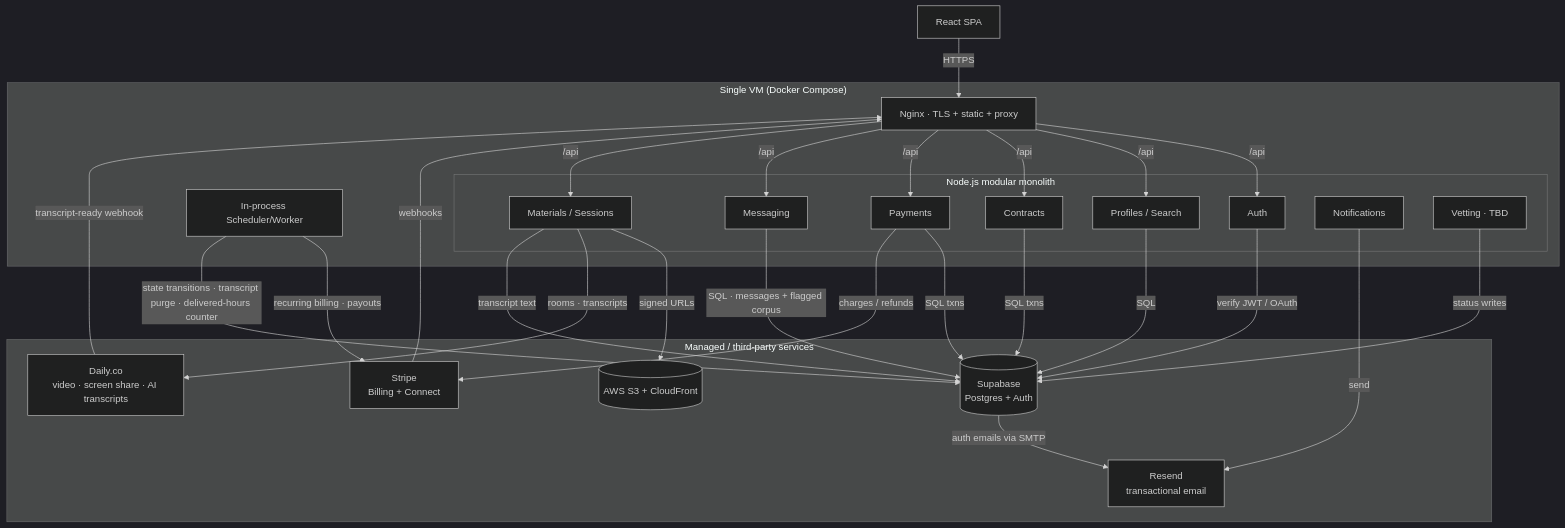
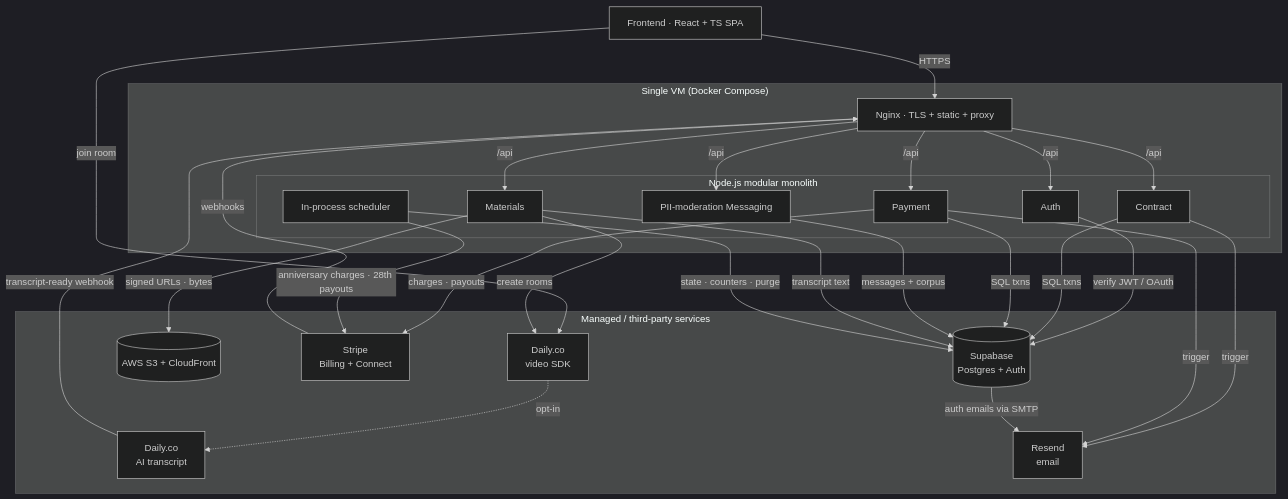
Before and after one commit to Vishnu373/nisbah-learning: the first of 3 diagrams in nisbah-learning-design-doc.md, drawn with Mermaid (dark theme). The commit also changed other lines of this file, not shown here.

Commit message:
contract lifecycle added

````diff
--- a/nisbah-learning-design-doc.md
+++ b/nisbah-learning-design-doc.md
@@ -42,48 +120,47 @@
 ```mermaid
 graph TD
-    Browser[React SPA]
+    Browser[Frontend · React + TS SPA]
 
     subgraph VM["Single VM (Docker Compose)"]
         Nginx[Nginx · TLS + static + proxy]
         subgraph App["Node.js modular monolith"]
             Auth[Auth]
-            Profiles[Profiles / Search]
-            Contracts[Contracts]
-            Payments[Payments]
-            Messaging[Messaging]
-            Media[Materials / Sessions]
-            Notifications[Notifications]
-            Vetting[Vetting · TBD]
+            Contracts[Contract]
+            Payments[Payment]
+            Messaging[PII-moderation Messaging]
+            Media[Materials]
+            Scheduler[In-process scheduler]
         end
-        Worker[In-process Scheduler/Worker]
     end
 
     subgraph Ext["Managed / third-party services"]
         Supabase[(Supabase<br/>Postgres + Auth)]
         ObjStore[(AWS S3 + CloudFront)]
         Stripe[Stripe<br/>Billing + Connect]
-        Video[Daily.co<br/>video · screen share · AI transcripts]
-        Email[Resend<br/>transactional email]
+        Video[Daily.co<br/>video SDK]
+        Transcript[Daily.co<br/>AI transcript]
+        Email[Resend<br/>email]
     end
 
     Browser -->|HTTPS| Nginx
-    Nginx -->|/api| Auth & Profiles & Contracts & Payments & Messaging & Media
+    Nginx -->|/api| Auth & Contracts & Payments & Messaging & Media
+    Browser -->|join room| Video
     Stripe -->|webhooks| Nginx
-    Video -->|transcript-ready webhook| Nginx
+    Transcript -->|transcript-ready webhook| Nginx
 
     Auth -->|verify JWT / OAuth| Supabase
-    Profiles -->|SQL| Supabase
     Contracts -->|SQL txns| Supabase
     Payments -->|SQL txns| Supabase
-    Payments -->|charges / refunds| Stripe
-    Messaging -->|SQL · messages + flagged corpus| Supabase
-    Media -->|signed URLs| ObjStore
-    Media -->|rooms · transcripts| Video
+    Payments -->|charges · payouts| Stripe
+    Messaging -->|messages + corpus| Supabase
+    Media -->|signed URLs · bytes| ObjStore
+    Media -->|create rooms| Video
+    Video -.->|opt-in| Transcript
     Media -->|transcript text| Supabase
-    Vetting -->|status writes| Supabase
 
-    Worker -->|recurring billing · payouts| Stripe
-    Worker -->|state transitions · transcript purge · delivered-hours counter| Supabase
-    Notifications -->|send| Email
+    Scheduler -->|anniversary charges · 28th payouts| Stripe
+    Scheduler -->|state · counters · purge| Supabase
+    Contracts -->|trigger| Email
+    Payments -->|trigger| Email
     Supabase -->|auth emails via SMTP| Email
 ```
````
